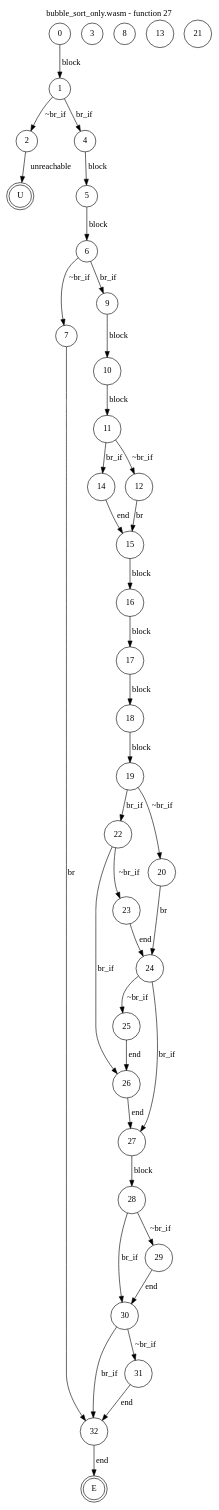
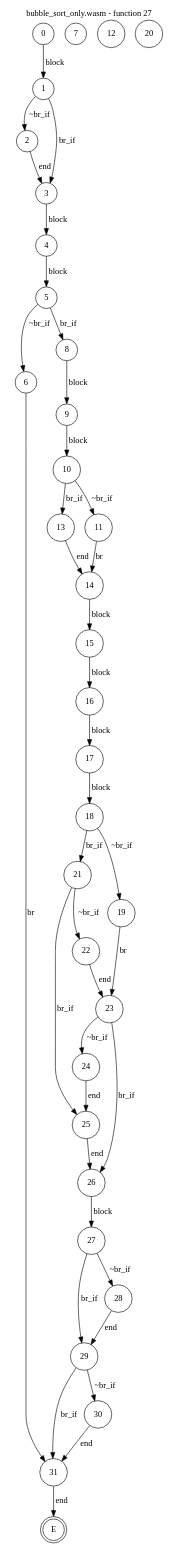
Before and after one commit to jsCarleton/wanalyze: the diagram in test_cases/bubble_sort_only/bubble_sort_only-funcs/bubble_sort_only-func27.dot, drawn with Graphviz. The commit also changed 46 other files, not shown here.

```diff
--- a/test_cases/bubble_sort_only/bubble_sort_only-funcs/bubble_sort_only-func27.dot
+++ b/test_cases/bubble_sort_only/bubble_sort_only-funcs/bubble_sort_only-func27.dot
@@ -1,80 +1,78 @@
 digraph finite_state_machine {
     label = "bubble_sort_only.wasm - function 27"
     labelloc =  t
     labelfontsize = 16
     labelfontcolor = black
     labelfontname = "Helvetica"
-    node [shape = doublecircle]; E U ;
+    node [shape = doublecircle]; E ;
 node [shape=circle, fontcolor=black, style="", label="0"]0
 node [shape=circle, fontcolor=black, style="", label="1"]1
 node [shape=circle, fontcolor=black, style="", label="2"]2
 node [shape=circle, fontcolor=black, style="", label="3"]3
 node [shape=circle, fontcolor=black, style="", label="4"]4
 node [shape=circle, fontcolor=black, style="", label="5"]5
 node [shape=circle, fontcolor=black, style="", label="6"]6
 node [shape=circle, fontcolor=black, style="", label="7"]7
 node [shape=circle, fontcolor=black, style="", label="8"]8
 node [shape=circle, fontcolor=black, style="", label="9"]9
 node [shape=circle, fontcolor=black, style="", label="10"]10
 node [shape=circle, fontcolor=black, style="", label="11"]11
 node [shape=circle, fontcolor=black, style="", label="12"]12
 node [shape=circle, fontcolor=black, style="", label="13"]13
 node [shape=circle, fontcolor=black, style="", label="14"]14
 node [shape=circle, fontcolor=black, style="", label="15"]15
 node [shape=circle, fontcolor=black, style="", label="16"]16
 node [shape=circle, fontcolor=black, style="", label="17"]17
 node [shape=circle, fontcolor=black, style="", label="18"]18
 node [shape=circle, fontcolor=black, style="", label="19"]19
 node [shape=circle, fontcolor=black, style="", label="20"]20
 node [shape=circle, fontcolor=black, style="", label="21"]21
 node [shape=circle, fontcolor=black, style="", label="22"]22
 node [shape=circle, fontcolor=black, style="", label="23"]23
 node [shape=circle, fontcolor=black, style="", label="24"]24
 node [shape=circle, fontcolor=black, style="", label="25"]25
 node [shape=circle, fontcolor=black, style="", label="26"]26
 node [shape=circle, fontcolor=black, style="", label="27"]27
 node [shape=circle, fontcolor=black, style="", label="28"]28
 node [shape=circle, fontcolor=black, style="", label="29"]29
 node [shape=circle, fontcolor=black, style="", label="30"]30
 node [shape=circle, fontcolor=black, style="", label="31"]31
-node [shape=circle, fontcolor=black, style="", label="32"]32
 node [shape=circle, fontcolor=black, style="", label="E"]E
-node [shape=circle, fontcolor=black, style="", label="U"]U
     0 -> 1[label="block"];
     1 -> 2[label="~br_if"];
-    1 -> 4[label="br_if"];
-    2 -> U[label="unreachable"];
+    1 -> 3[label="br_if"];
+    2 -> 3[label="end"];
+    3 -> 4[label="block"];
     4 -> 5[label="block"];
-    5 -> 6[label="block"];
-    6 -> 7[label="~br_if"];
-    6 -> 9[label="br_if"];
-    7 -> 32[label="br"];
+    5 -> 6[label="~br_if"];
+    5 -> 8[label="br_if"];
+    6 -> 31[label="br"];
+    8 -> 9[label="block"];
     9 -> 10[label="block"];
-    10 -> 11[label="block"];
-    11 -> 12[label="~br_if"];
-    11 -> 14[label="br_if"];
-    12 -> 15[label="br"];
-    14 -> 15[label="end"];
+    10 -> 11[label="~br_if"];
+    10 -> 13[label="br_if"];
+    11 -> 14[label="br"];
+    13 -> 14[label="end"];
+    14 -> 15[label="block"];
     15 -> 16[label="block"];
     16 -> 17[label="block"];
     17 -> 18[label="block"];
-    18 -> 19[label="block"];
-    19 -> 20[label="~br_if"];
-    19 -> 22[label="br_if"];
-    20 -> 24[label="br"];
-    22 -> 23[label="~br_if"];
-    22 -> 26[label="br_if"];
-    23 -> 24[label="end"];
-    24 -> 25[label="~br_if"];
-    24 -> 27[label="br_if"];
+    18 -> 19[label="~br_if"];
+    18 -> 21[label="br_if"];
+    19 -> 23[label="br"];
+    21 -> 22[label="~br_if"];
+    21 -> 25[label="br_if"];
+    22 -> 23[label="end"];
+    23 -> 24[label="~br_if"];
+    23 -> 26[label="br_if"];
+    24 -> 25[label="end"];
     25 -> 26[label="end"];
-    26 -> 27[label="end"];
-    27 -> 28[label="block"];
-    28 -> 29[label="~br_if"];
-    28 -> 30[label="br_if"];
-    29 -> 30[label="end"];
-    30 -> 31[label="~br_if"];
-    30 -> 32[label="br_if"];
-    31 -> 32[label="end"];
-    32 -> E[label="end"];
+    26 -> 27[label="block"];
+    27 -> 28[label="~br_if"];
+    27 -> 29[label="br_if"];
+    28 -> 29[label="end"];
+    29 -> 30[label="~br_if"];
+    29 -> 31[label="br_if"];
+    30 -> 31[label="end"];
+    31 -> E[label="end"];
 }
```
